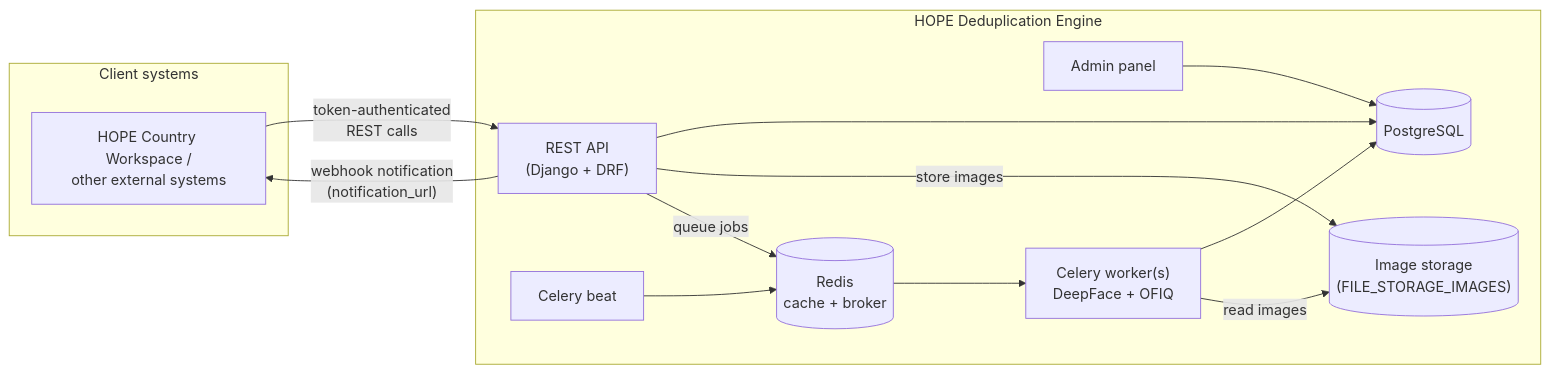
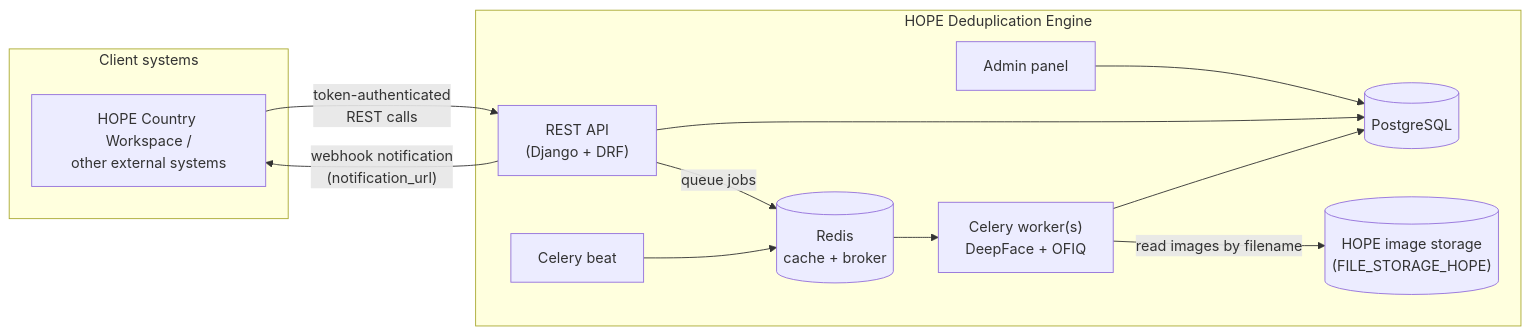
Before and after one commit to unicef/hope-dedup-engine: the diagram in docs/src/concepts/architecture.md, drawn with Mermaid. The commit also changed other lines of this file and 8 other files, not shown here.

````diff
--- a/docs/src/concepts/architecture.md
+++ b/docs/src/concepts/architecture.md
@@ -5,27 +5,26 @@
 ```mermaid
 flowchart LR
     subgraph clients["Client systems"]
         cw["HOPE Country Workspace /<br>other external systems"]
     end
 
     subgraph hde["HOPE Deduplication Engine"]
         api["REST API<br>(Django + DRF)"]
         adminp["Admin panel"]
         db[("PostgreSQL")]
         redis[("Redis<br>cache + broker")]
         worker["Celery worker(s)<br>DeepFace + OFIQ"]
         beat["Celery beat"]
-        images[("Image storage<br>(FILE_STORAGE_IMAGES)")]
+        images[("HOPE image storage<br>(FILE_STORAGE_HOPE)")]
     end
 
     cw -- "token-authenticated<br>REST calls" --> api
     api -- "webhook notification<br>(notification_url)" --> cw
     api --> db
-    api -- "store images" --> images
     api -- "queue jobs" --> redis
     redis --> worker
     worker --> db
-    worker -- "read images" --> images
+    worker -- "read images by filename" --> images
     beat --> redis
     adminp --> db
 ```
````
